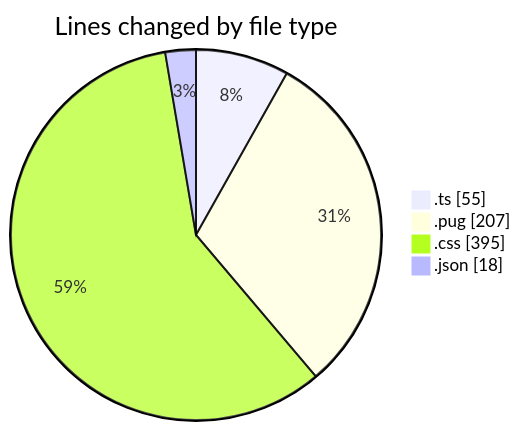
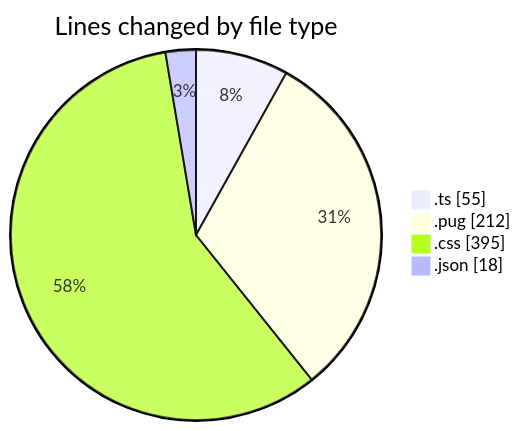
One commit to momahboobian/code-tracking changed the first of 2 diagrams in 2025-10-31/cda/README.md. Above: the diagram before and after it, drawn with Mermaid. The commit also changed other lines of this file and 1 other file, not shown here.

````diff
--- a/2025-10-31/cda/README.md
+++ b/2025-10-31/cda/README.md
@@ -25,8 +25,8 @@
 ```mermaid
 pie showData
 title Lines changed by file type
 ".ts" : 55
-".pug" : 207
+".pug" : 212
 ".css" : 395
 ".json" : 18
 ```
````
